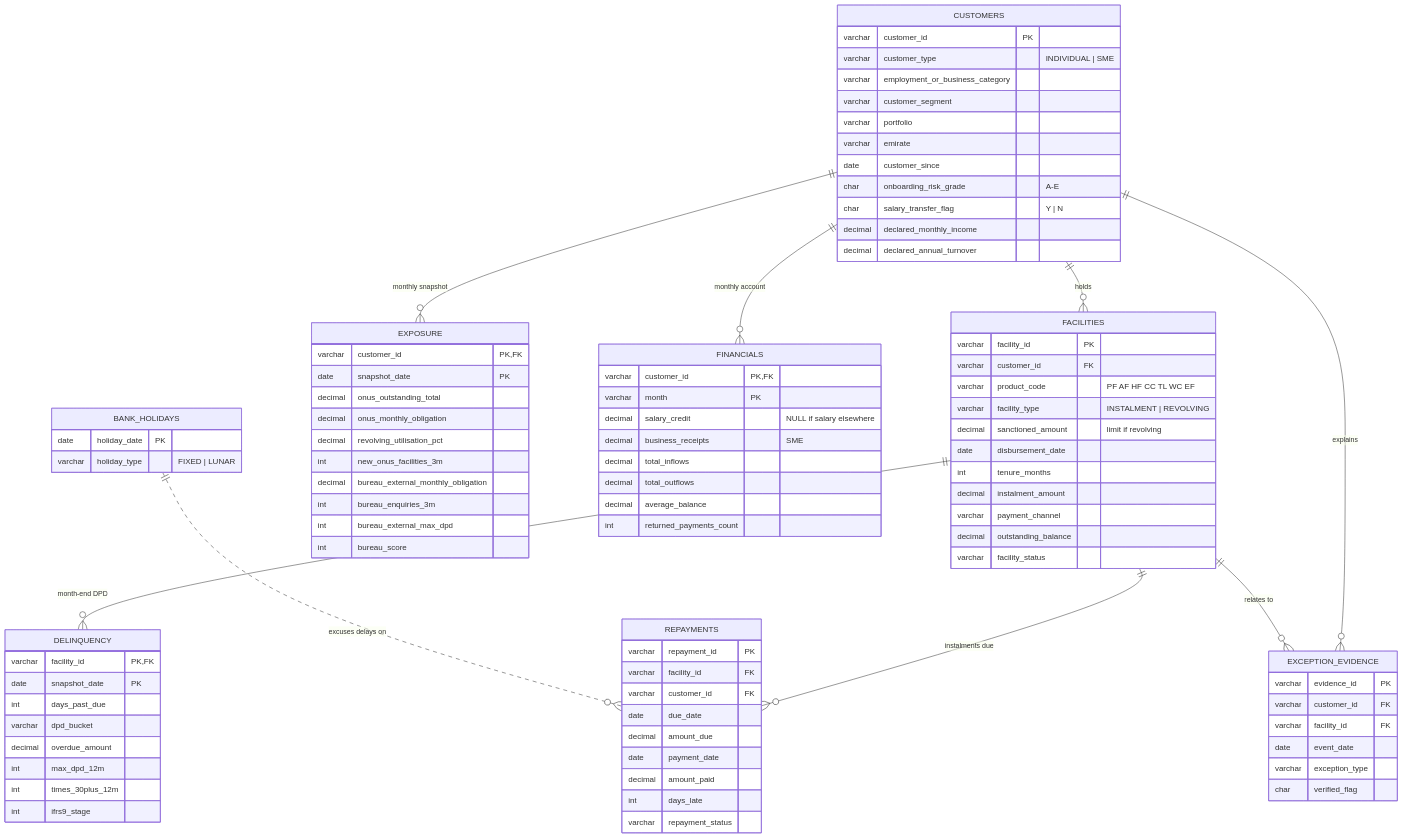
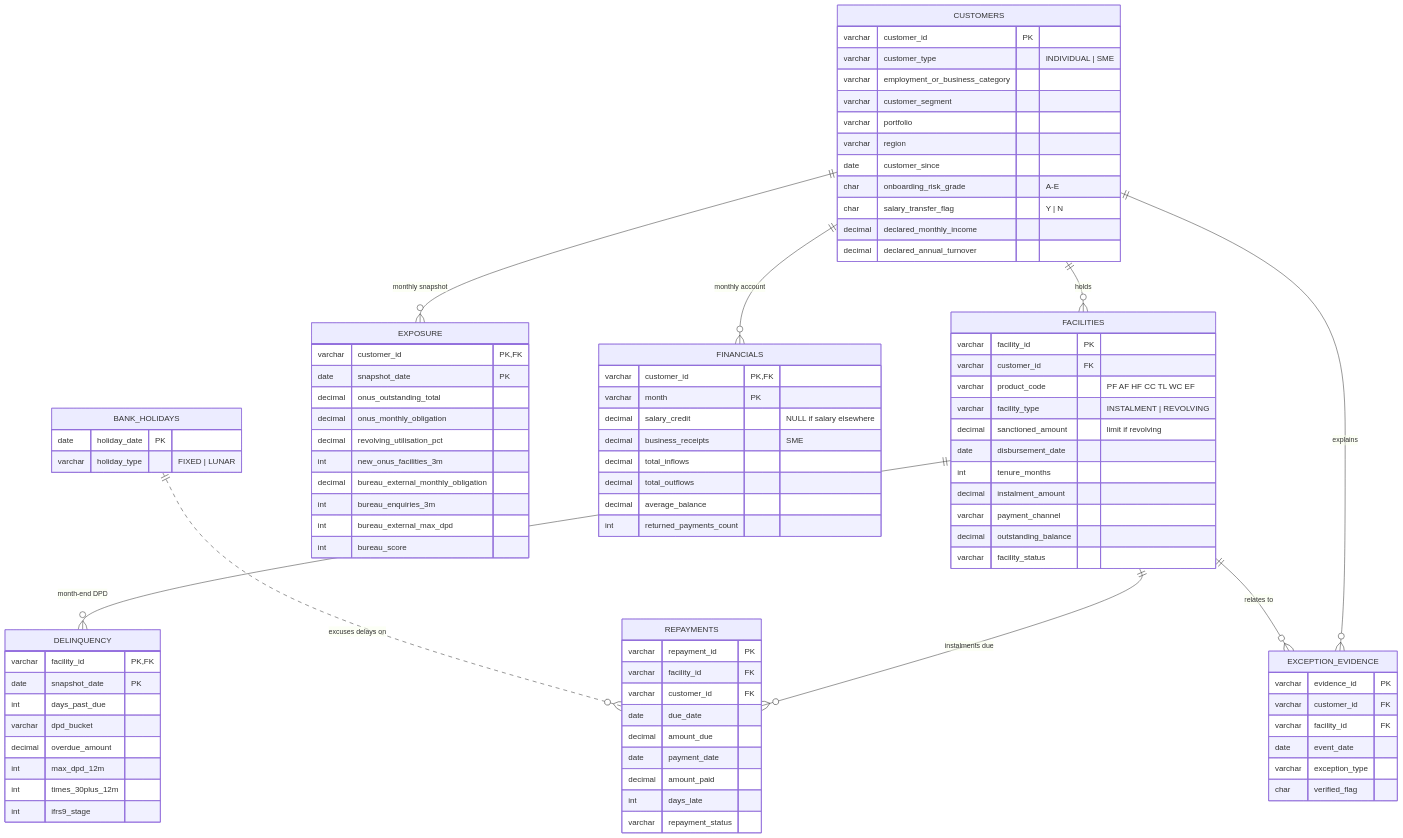
One commit to shxunxk/Early-Warning-Detection-System changed the second of 3 diagrams in docs/data_architecture.md. Above: the diagram before and after it, drawn with Mermaid. The commit also changed other lines of this file and 9 other files, not shown here.

Commit message:
Update project documentation and architecture docs

```diff
--- a/docs/data_architecture.md
+++ b/docs/data_architecture.md
@@ -57,7 +57,7 @@
         varchar employment_or_business_category
         varchar customer_segment
         varchar portfolio
-        varchar emirate
+        varchar region
         date customer_since
         char onboarding_risk_grade "A-E"
         char salary_transfer_flag "Y | N"
```
